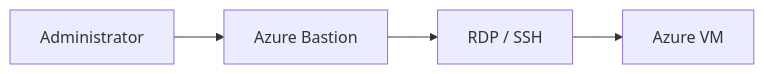
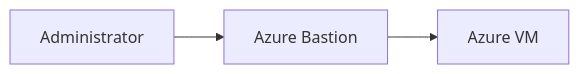
One commit to zhyordanova/azure-fundamentals-handbook changed the seventh of 11 diagrams in review/04-networking.md. Above: the diagram before and after it, drawn with Mermaid. The commit also changed other lines of this file, not shown here.

````diff
--- a/review/04-networking.md
+++ b/review/04-networking.md
@@ -159,7 +179,6 @@
 ```mermaid
 flowchart LR
 
     A["Administrator"] --> B["Azure Bastion"]
-    B --> C["RDP / SSH"]
-    C --> D["Azure VM"]
+    B --> C["Azure VM"]
 ```
````
